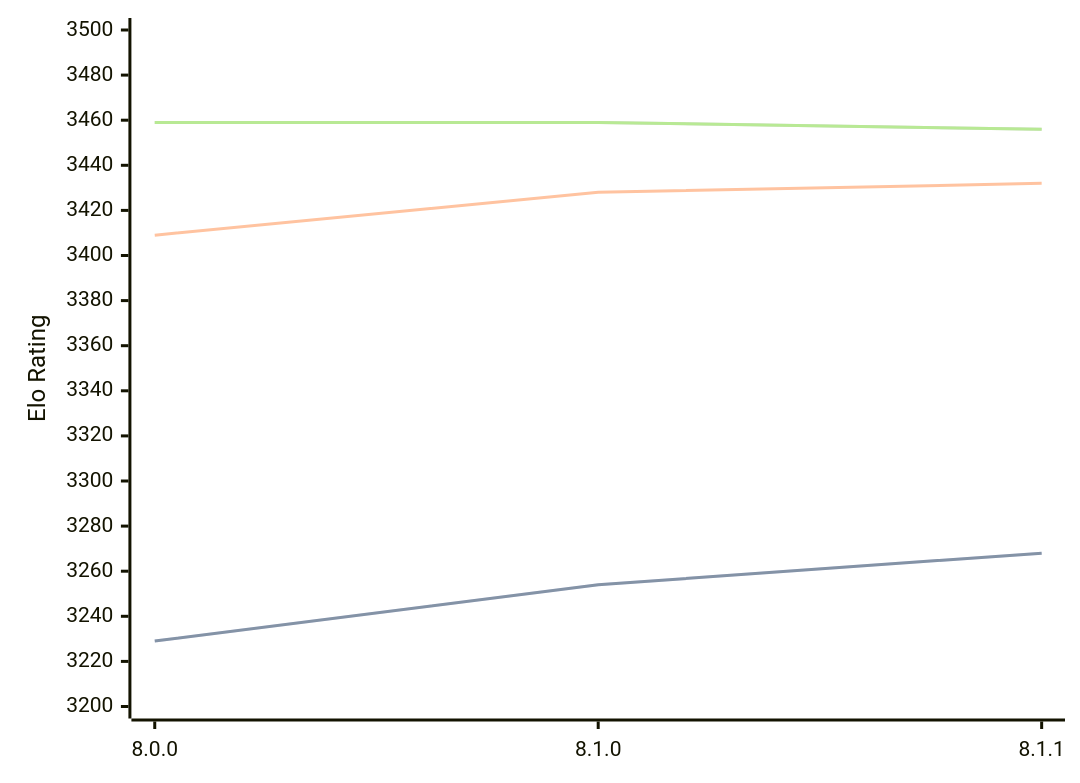
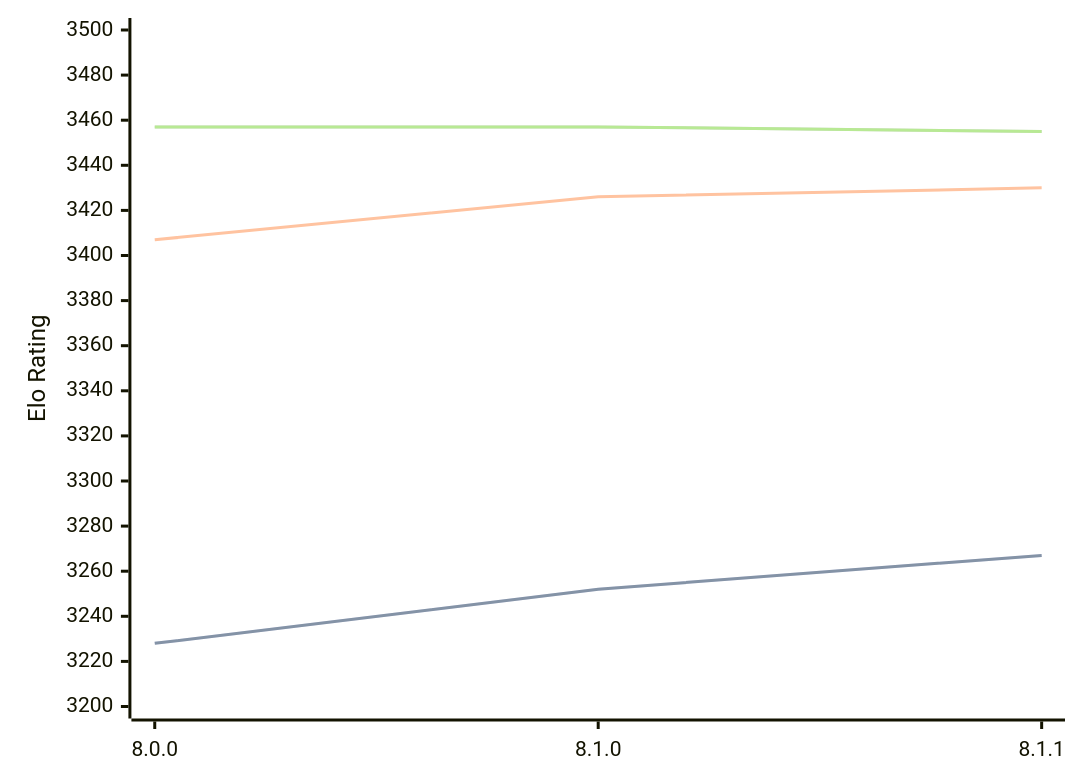
One commit to computer-chess-index/cci changed the diagram in engines/Velvet.md. Above: the diagram before and after it, drawn with Mermaid. The commit also changed other lines of this file, not shown here.

Commit message:
Update CCI Ratings (ELO VLTC) - 2026-06-07

````diff
--- a/engines/Velvet.md
+++ b/engines/Velvet.md
@@ -57,11 +57,11 @@
 ```mermaid
 %%{init: {"theme":"base","themeVariables":{"seriesColors:['#a3a3a3','#222221','#faa371']}}}%%
 xychart-beta
   x-axis ["8.0.0", "8.1.0", "8.1.1"]
   y-axis "Elo Rating" 3200 --> 3500
-  line "STC (8.0+0.08s)" [3229, 3254, 3268]
-  line "STC (8.0+0.08s)" [3229, 3254, 3268]
-  line "LTC (60.0+0.60s)" [3409, 3428, 3432]
-  line "VLTC (2m24s+1.12s)" [3459, 3459, 3456]
-  line "VLTC (2m24s+1.12s)" [3459, 3459, 3456]
+  line "STC (8.0+0.08s)" [3228, 3252, 3267]
+  line "STC (8.0+0.08s)" [3228, 3252, 3267]
+  line "LTC (60.0+0.60s)" [3407, 3426, 3430]
+  line "VLTC (2m24s+1.12s)" [3457, 3457, 3455]
+  line "VLTC (2m24s+1.12s)" [3457, 3457, 3455]
 ```
````
